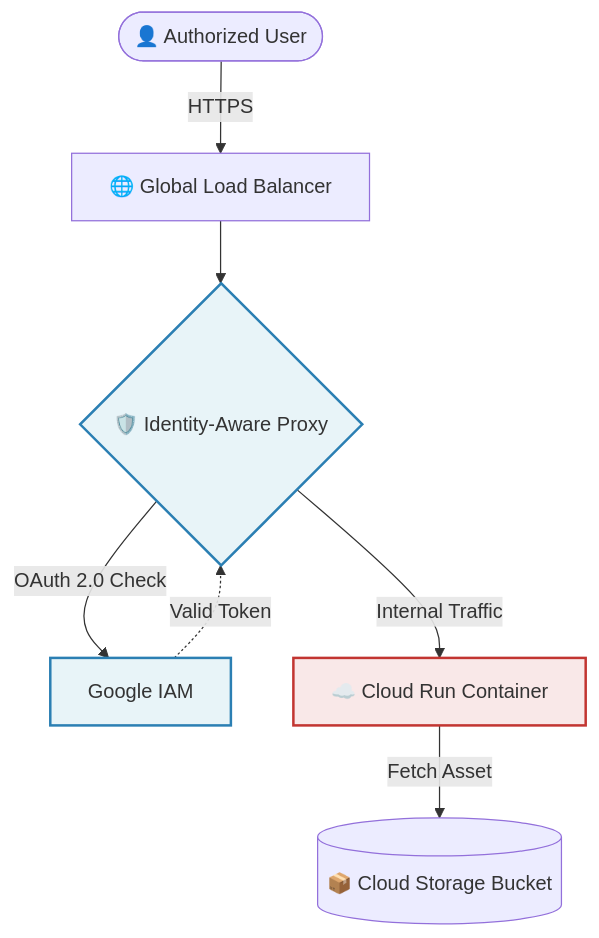
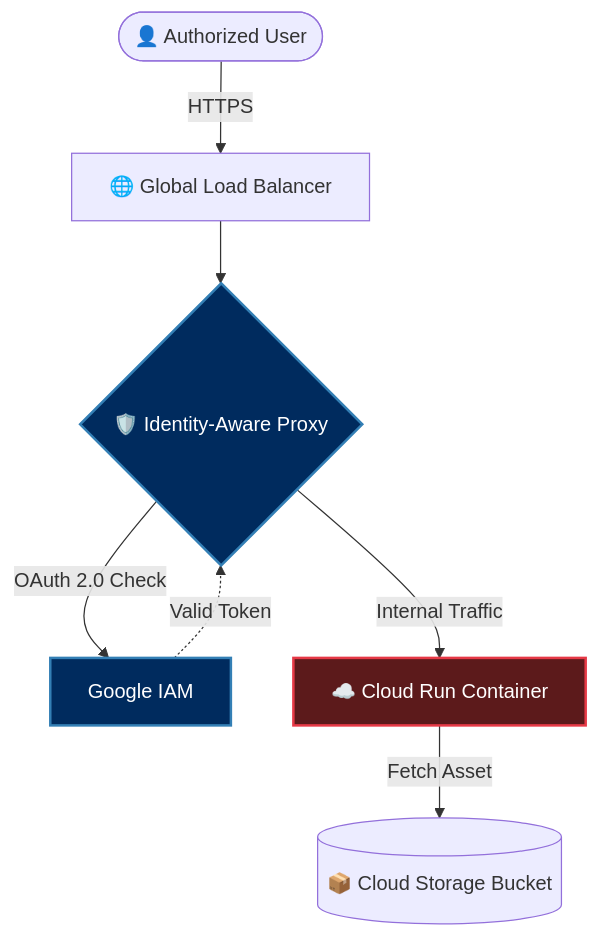
One commit to Spountil/watermark-streamlit changed the second of 3 diagrams in README.md. Above: the diagram before and after it, drawn with Mermaid. The commit also changed other lines of this file, not shown here.

Commit message:
Change README.md colors

````diff
--- a/README.md
+++ b/README.md
@@ -42,15 +42,15 @@
 ```mermaid
 graph TD
     User([👤 Authorized User]) -->|HTTPS| GLB[🌐 Global Load Balancer]
     GLB --> IAP{🛡️ Identity-Aware Proxy}
     IAP -->|OAuth 2.0 Check| IAM[Google IAM]
     IAM -.->|Valid Token| IAP
     IAP -->|Internal Traffic| CR[☁️ Cloud Run Container]
     CR -->|Fetch Asset| GCS[(📦 Cloud Storage Bucket)]
     
-    classDef secure fill:#e8f4f8,stroke:#2b7fb3,stroke-width:2px;
-    classDef compute fill:#f9e8e8,stroke:#c23531,stroke-width:2px;
+    classDef secure fill:#002b5e,stroke:#337fb5,stroke-width:2px,color:#fff;
+    classDef compute fill:#5c1a1b,stroke:#e63946,stroke-width:2px,color:#fff;
     
     class IAP,IAM secure;
     class CR compute;
 ```
````
